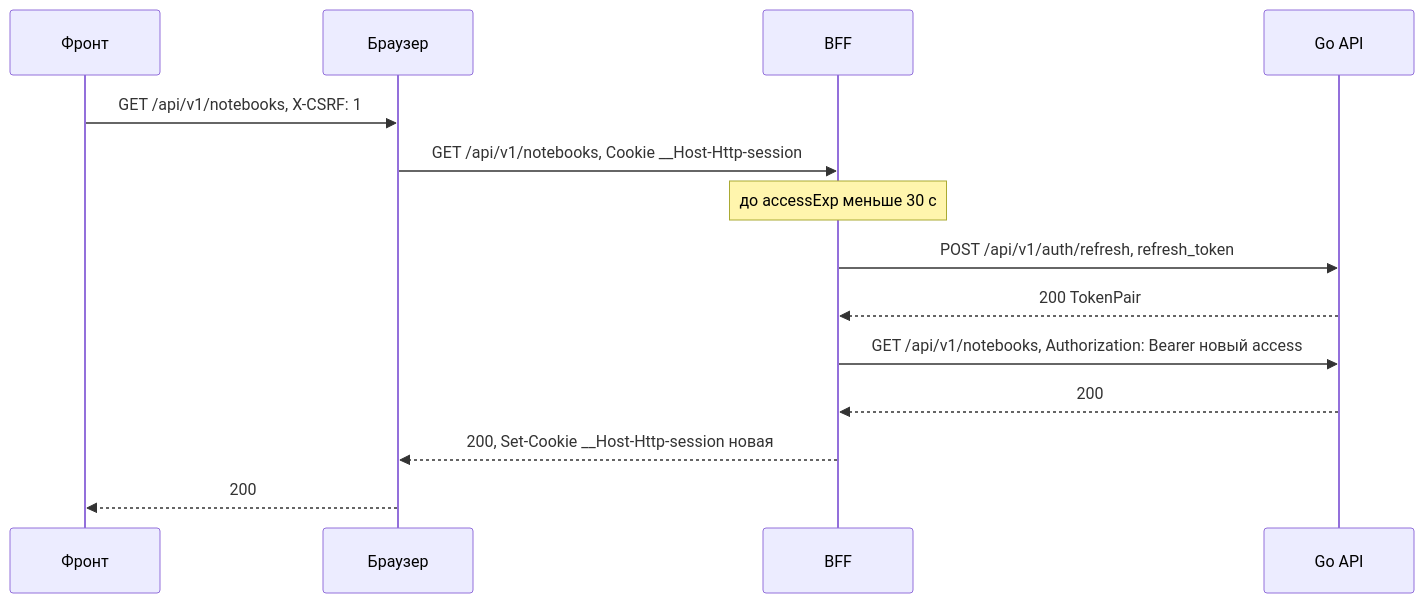
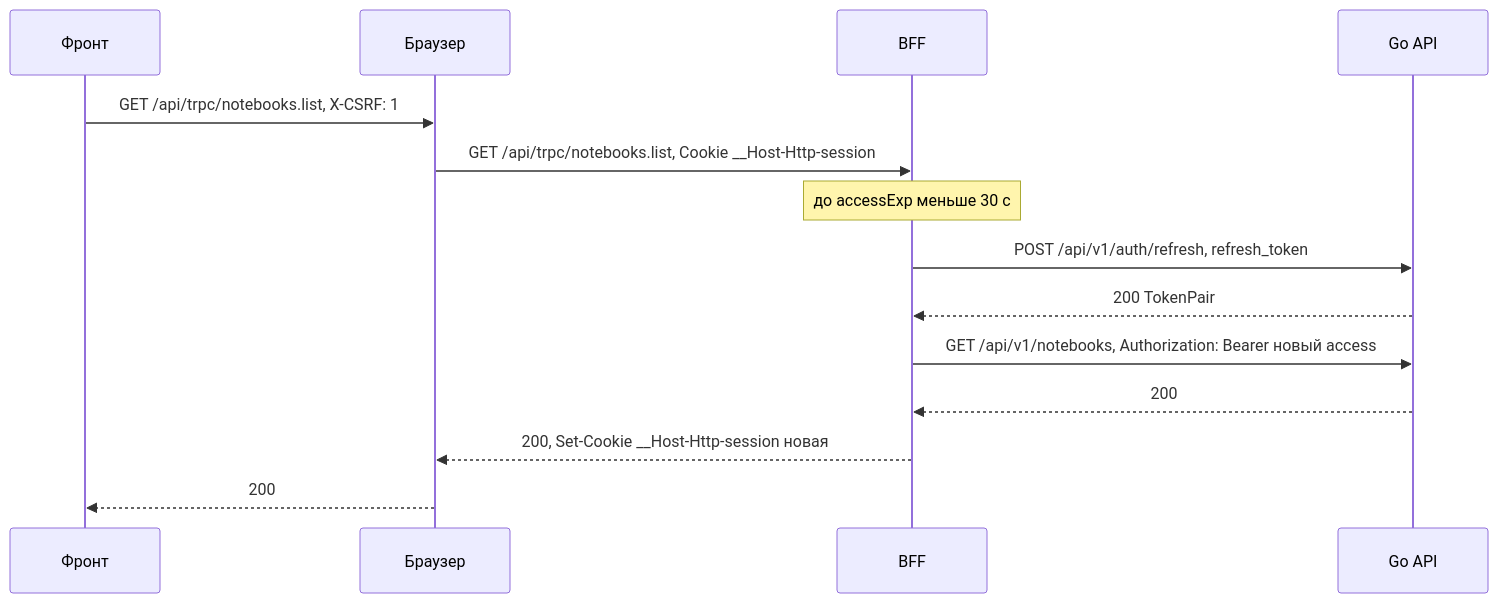
Before and after one commit to Cringe-Driven-Development-Team/docs: the third of 10 diagrams in site/modules/2026-10/tracks/bff/auth.md, drawn with Mermaid. The commit also changed other lines of this file and 1 other file, not shown here.

````diff
--- a/site/modules/2026-10/tracks/bff/auth.md
+++ b/site/modules/2026-10/tracks/bff/auth.md
@@ -184,16 +186,16 @@
 ```mermaid
 sequenceDiagram
   participant F as Фронт
   participant B as Браузер
   participant P as BFF
   participant A as Go API
-  F->>B: GET /api/v1/notebooks, X-CSRF: 1
-  B->>P: GET /api/v1/notebooks, Cookie __Host-Http-session
+  F->>B: GET /api/trpc/notebooks.list, X-CSRF: 1
+  B->>P: GET /api/trpc/notebooks.list, Cookie __Host-Http-session
   Note over P: до accessExp меньше 30 с
   P->>A: POST /api/v1/auth/refresh, refresh_token
   A-->>P: 200 TokenPair
   P->>A: GET /api/v1/notebooks, Authorization: Bearer новый access
   A-->>P: 200
   P-->>B: 200, Set-Cookie __Host-Http-session новая
   B-->>F: 200
 ```
````
